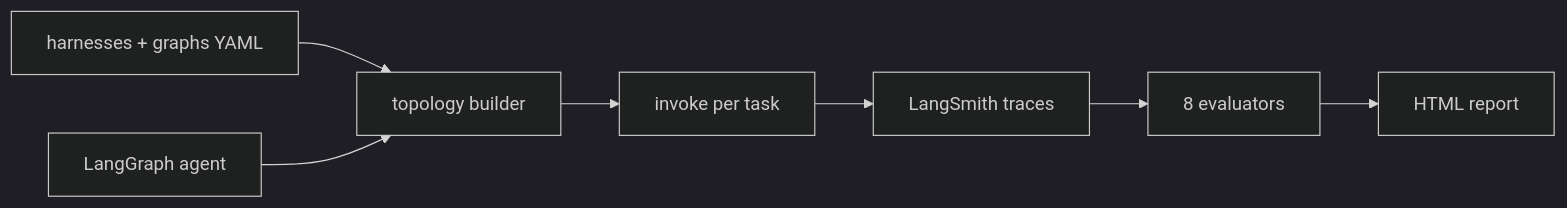
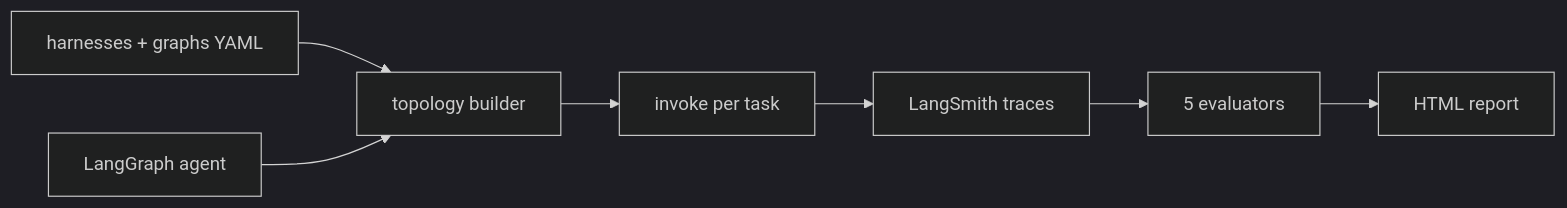
One commit to HOSH19/HarnessLab changed the diagram in README.md. Above: the diagram before and after it, drawn with Mermaid (dark theme). The commit also changed other lines of this file and 23 other files, not shown here.

````diff
--- a/README.md
+++ b/README.md
@@ -13,9 +13,9 @@
 ```mermaid
 flowchart LR
     YAML[harnesses + graphs YAML] --> Builder[topology builder]
     Graph[LangGraph agent] --> Builder
     Builder --> Run[invoke per task]
     Run --> LS[LangSmith traces]
-    LS --> Eval[8 evaluators]
+    LS --> Eval[5 evaluators]
     Eval --> Report[HTML report]
 ```
````
